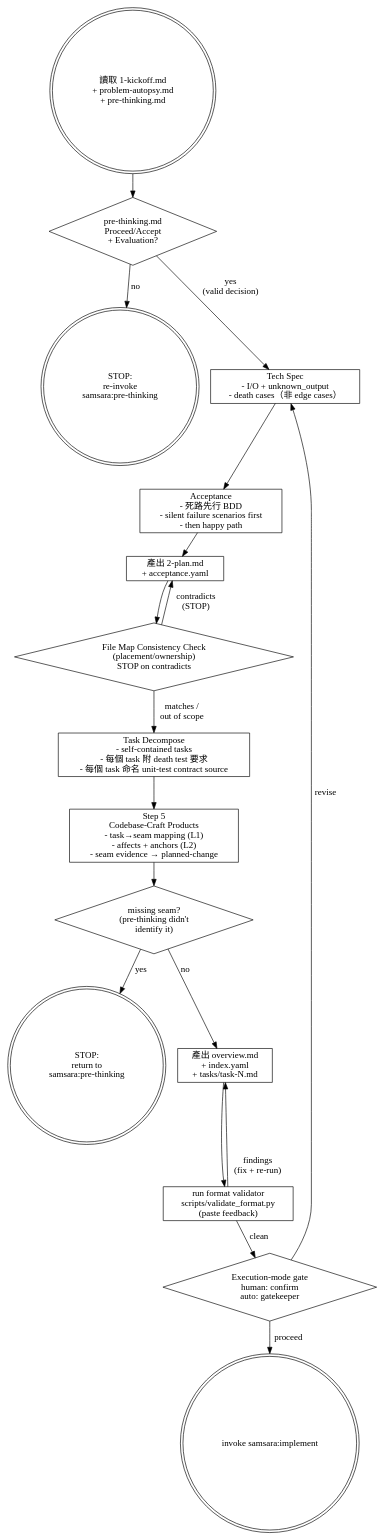
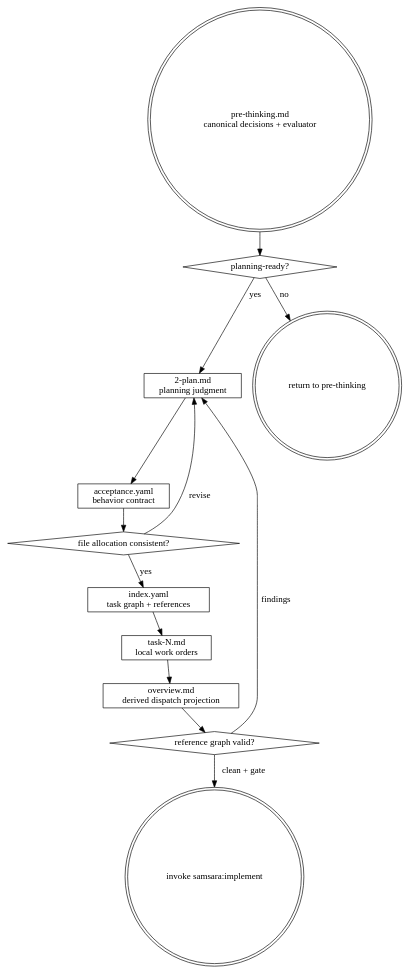
The diagram in skills/planning/SKILL.md (roymondliao/samsara), drawn with Graphviz before and after one commit. The commit also changed other lines of this file and 25 other files, not shown here.

Commit message:
refactor(planning): establish artifact authority graph

````diff
--- a/skills/planning/SKILL.md
+++ b/skills/planning/SKILL.md
@@ -23,39 +32,26 @@
 ```dot
 digraph planning {
     node [shape=box];
+    pre [label="pre-thinking.md\ncanonical decisions + evaluator" shape=doublecircle];
+    guard [label="planning-ready?" shape=diamond];
+    plan [label="2-plan.md\nplanning judgment"];
+    acceptance [label="acceptance.yaml\nbehavior contract"];
+    map [label="file allocation consistent?" shape=diamond];
+    index [label="index.yaml\ntask graph + references"];
+    tasks [label="task-N.md\nlocal work orders"];
+    overview [label="overview.md\nderived dispatch projection"];
+    validate [label="reference graph valid?" shape=diamond];
+    implement [label="invoke samsara:implement" shape=doublecircle];
+    back [label="return to pre-thinking" shape=doublecircle];
 
-    start [label="讀取 1-kickoff.md\n+ problem-autopsy.md\n+ pre-thinking.md" shape=doublecircle];
-    guard [label="pre-thinking.md\nProceed/Accept\n+ Evaluation?" shape=diamond];
-    blocked [label="STOP:\nre-invoke\nsamsara:pre-thinking" shape=doublecircle];
-    spec [label="Tech Spec\n- I/O + unknown_output\n- death cases（非 edge cases）"];
-    acceptance [label="Acceptance\n- 死路先行 BDD\n- silent failure scenarios first\n- then happy path"];
-    plan [label="產出 2-plan.md\n+ acceptance.yaml"];
-    consistency [label="File Map Consistency Check\n(placement/ownership)\nSTOP on contradicts" shape=diamond];
-    decompose [label="Task Decompose\n- self-contained tasks\n- 每個 task 附 death test 要求\n- 每個 task 命名 unit-test contract source"];
-    craft [label="Step 5\nCodebase-Craft Products\n- task→seam mapping (L1)\n- affects + anchors (L2)\n- seam evidence → planned-change"];
-    seam_gap [label="missing seam?\n(pre-thinking didn't\nidentify it)" shape=diamond];
-    seam_stop [label="STOP:\nreturn to\nsamsara:pre-thinking" shape=doublecircle];
-    output [label="產出 overview.md\n+ index.yaml\n+ tasks/task-N.md"];
-    validate [label="run format validator\nscripts/validate_format.py\n(paste feedback)"];
-    gate [label="Execution-mode gate\nhuman: confirm\nauto: gatekeeper" shape=diamond];
-    next [label="invoke samsara:implement" shape=doublecircle];
-
-    start -> guard;
-    guard -> spec [label="yes\n(valid decision)"];
-    guard -> blocked [label="no"];
-    spec -> acceptance;
-    acceptance -> plan;
-    plan -> consistency;
-    consistency -> decompose [label="matches /\nout of scope"];
-    consistency -> plan [label="contradicts\n(STOP)"];
-    decompose -> craft;
-    craft -> seam_gap;
-    seam_gap -> seam_stop [label="yes"];
-    seam_gap -> output [label="no"];
-    output -> validate;
-    validate -> gate [label="clean"];
-    validate -> output [label="findings\n(fix + re-run)"];
-    gate -> next [label="proceed"];
-    gate -> spec [label="revise"];
+    pre -> guard;
+    guard -> plan [label="yes"];
+    guard -> back [label="no"];
+    plan -> acceptance -> map;
+    map -> index [label="yes"];
+    map -> plan [label="revise"];
+    index -> tasks -> overview -> validate;
+    validate -> implement [label="clean + gate"];
+    validate -> plan [label="findings"];
 }
 ```
````
